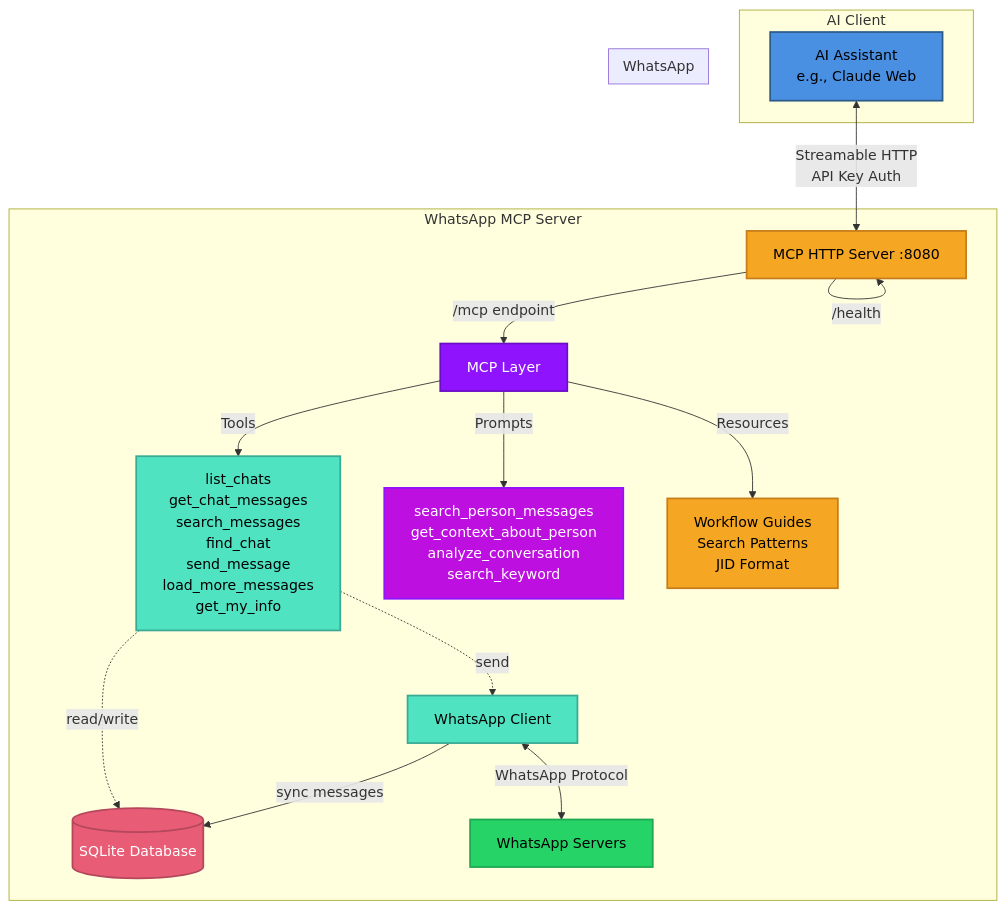
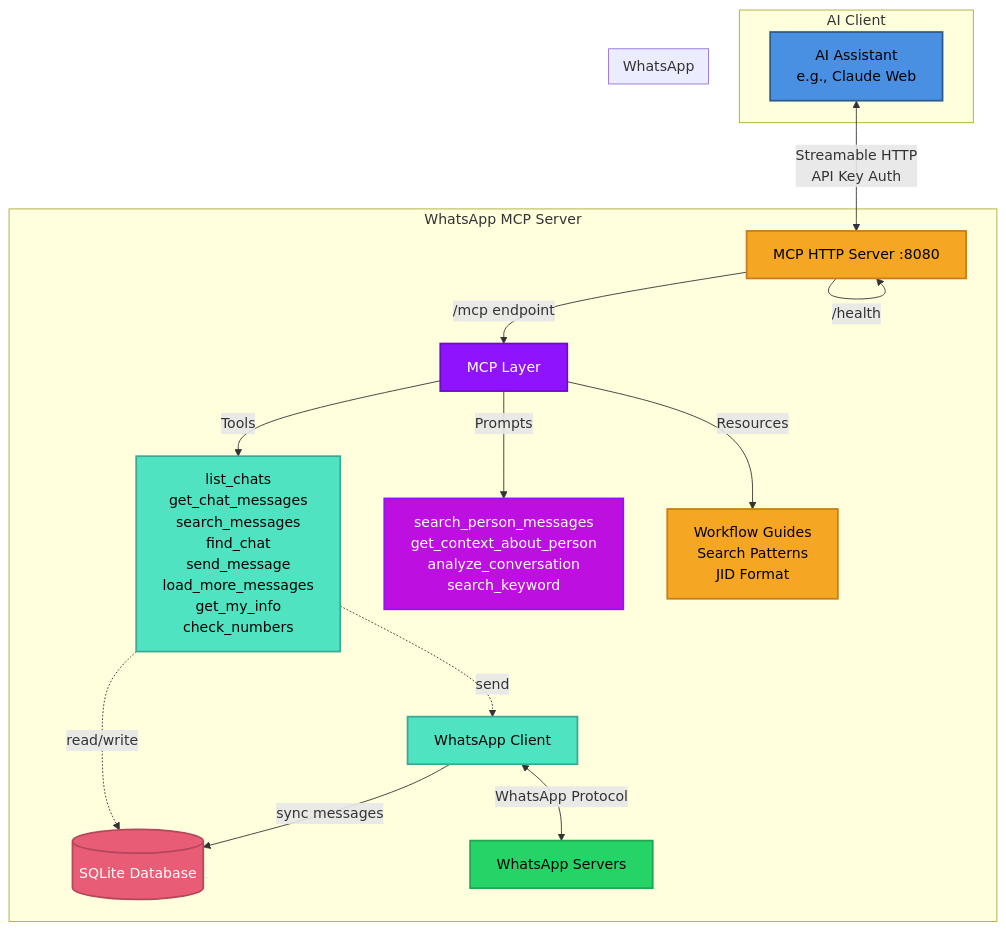
The diagram in README.md (felipeadeildo/whatsapp-mcp), drawn with Mermaid before and after one commit. The commit also changed other lines of this file and 3 other files, not shown here.

First line of the commit message:
feat(mcp): add check_numbers tool (IsOnWhatsApp) (#45)

````diff
--- a/README.md
+++ b/README.md
@@ -85,42 +86,42 @@
 ```mermaid
 graph TB
     subgraph "AI Client"
         A[AI Assistant <br/> e.g., Claude Web]
     end
 
     subgraph "WhatsApp MCP Server"
         B[MCP HTTP Server :8080]
         C[MCP Layer]
         D[WhatsApp Client]
         E[(SQLite Database)]
 
         B -->|/mcp endpoint| C
         B -->|/health| B
 
-        C -->|Tools| C1[list_chats<br/>get_chat_messages<br/>search_messages<br/>find_chat<br/>send_message<br/>load_more_messages<br/>get_my_info]
+        C -->|Tools| C1[list_chats<br/>get_chat_messages<br/>search_messages<br/>find_chat<br/>send_message<br/>load_more_messages<br/>get_my_info<br/>check_numbers]
         C -->|Prompts| C2[search_person_messages<br/>get_context_about_person<br/>analyze_conversation<br/>search_keyword]
         C -->|Resources| C3[Workflow Guides<br/>Search Patterns<br/>JID Format]
 
         C1 -.->|read/write| E
         C1 -.->|send| D
 
         D -->|sync messages| E
         D <-->|WhatsApp Protocol| F
     end
 
     subgraph "WhatsApp"
         F[WhatsApp Servers]
     end
 
     A <-->|Streamable HTTP<br/>API Key Auth| B
 
     style A fill:#4A90E2,stroke:#2E5C8A,stroke-width:2px,color:#000
     style B fill:#F5A623,stroke:#C67E1B,stroke-width:2px,color:#000
     style C fill:#9013FE,stroke:#6B0FC7,stroke-width:2px,color:#fff
     style C1 fill:#50E3C2,stroke:#3AAA94,stroke-width:2px,color:#000
     style C2 fill:#BD10E0,stroke:#9012FE,stroke-width:2px,color:#fff
     style C3 fill:#F5A623,stroke:#C67E1B,stroke-width:2px,color:#000
     style D fill:#50E3C2,stroke:#3AAA94,stroke-width:2px,color:#000
     style E fill:#E85D75,stroke:#B5475C,stroke-width:2px,color:#fff
     style F fill:#25D366,stroke:#1DA851,stroke-width:2px,color:#000
 ```
````
